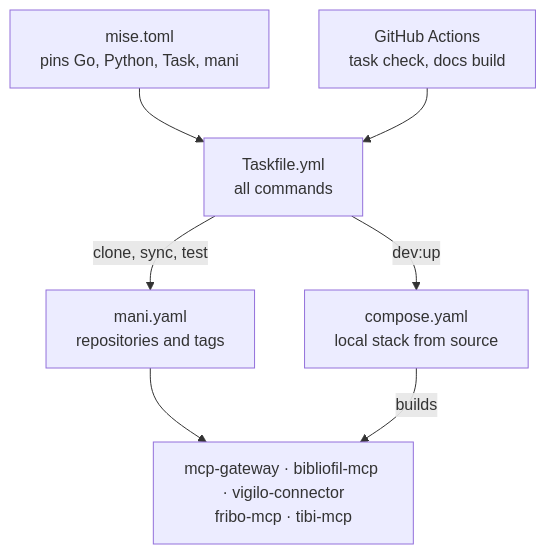
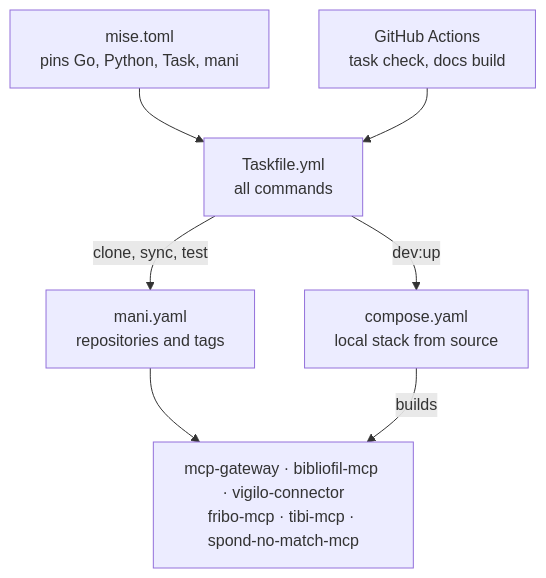
The third of 3 diagrams in docs/architecture.md (Olsenius/mcp-workspace), drawn with Mermaid before and after one commit. The commit also changed other lines of this file and 7 other files, not shown here.

First line of the commit message:
Register spond-no-match-mcp

````diff
--- a/docs/architecture.md
+++ b/docs/architecture.md
@@ -83,14 +86,14 @@
 ```mermaid
 flowchart TB
     mise[mise.toml<br/>pins Go, Python, Task, mani]
     task[Taskfile.yml<br/>all commands]
     mani[mani.yaml<br/>repositories and tags]
     compose[compose.yaml<br/>local stack from source]
-    repos[mcp-gateway · bibliofil-mcp · vigilo-connector<br/>fribo-mcp · tibi-mcp]
+    repos[mcp-gateway · bibliofil-mcp · vigilo-connector<br/>fribo-mcp · tibi-mcp · spond-no-match-mcp]
     ci[GitHub Actions<br/>task check, docs build]
 
     mise --> task
     task -->|clone, sync, test| mani --> repos
     task -->|dev:up| compose -->|builds| repos
     ci --> task
 ```
````
